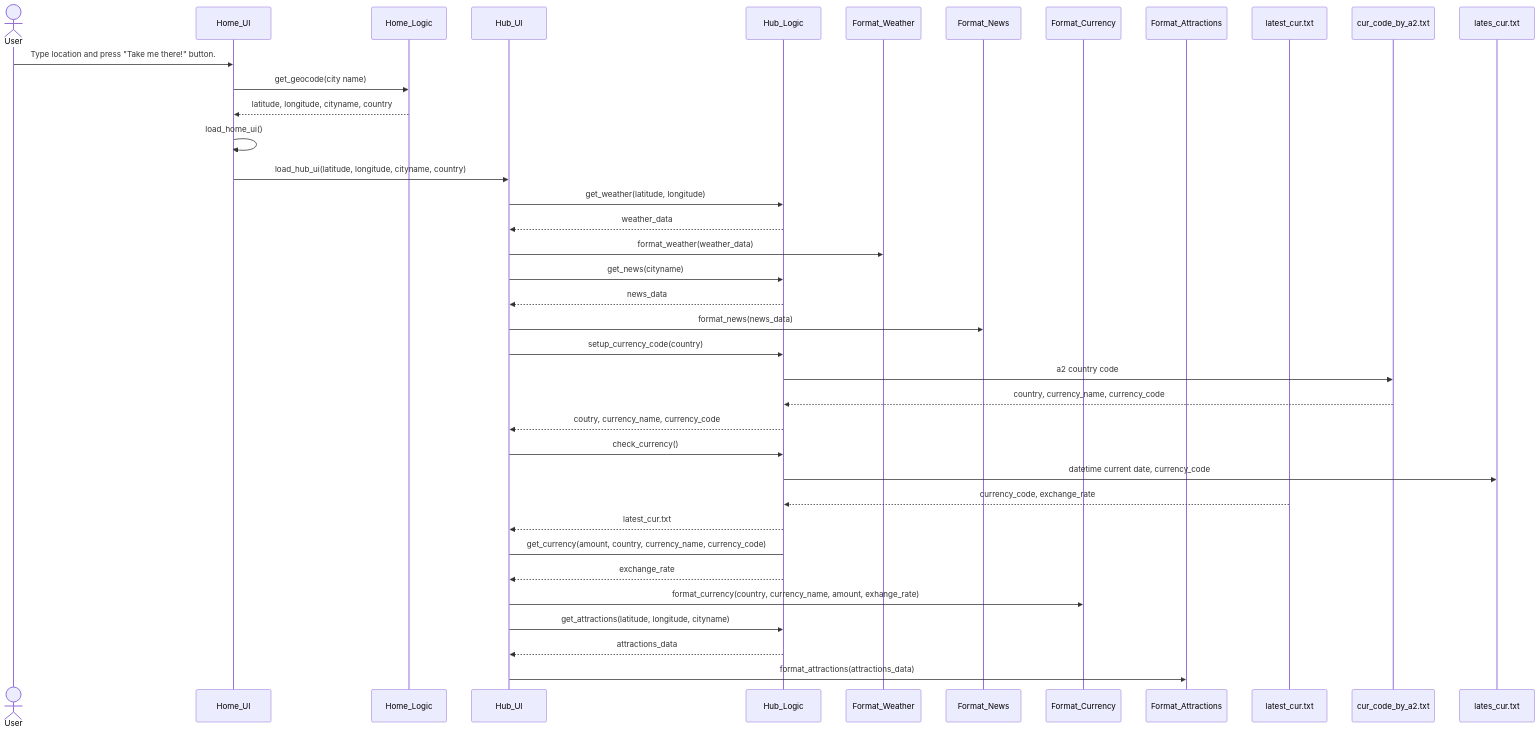
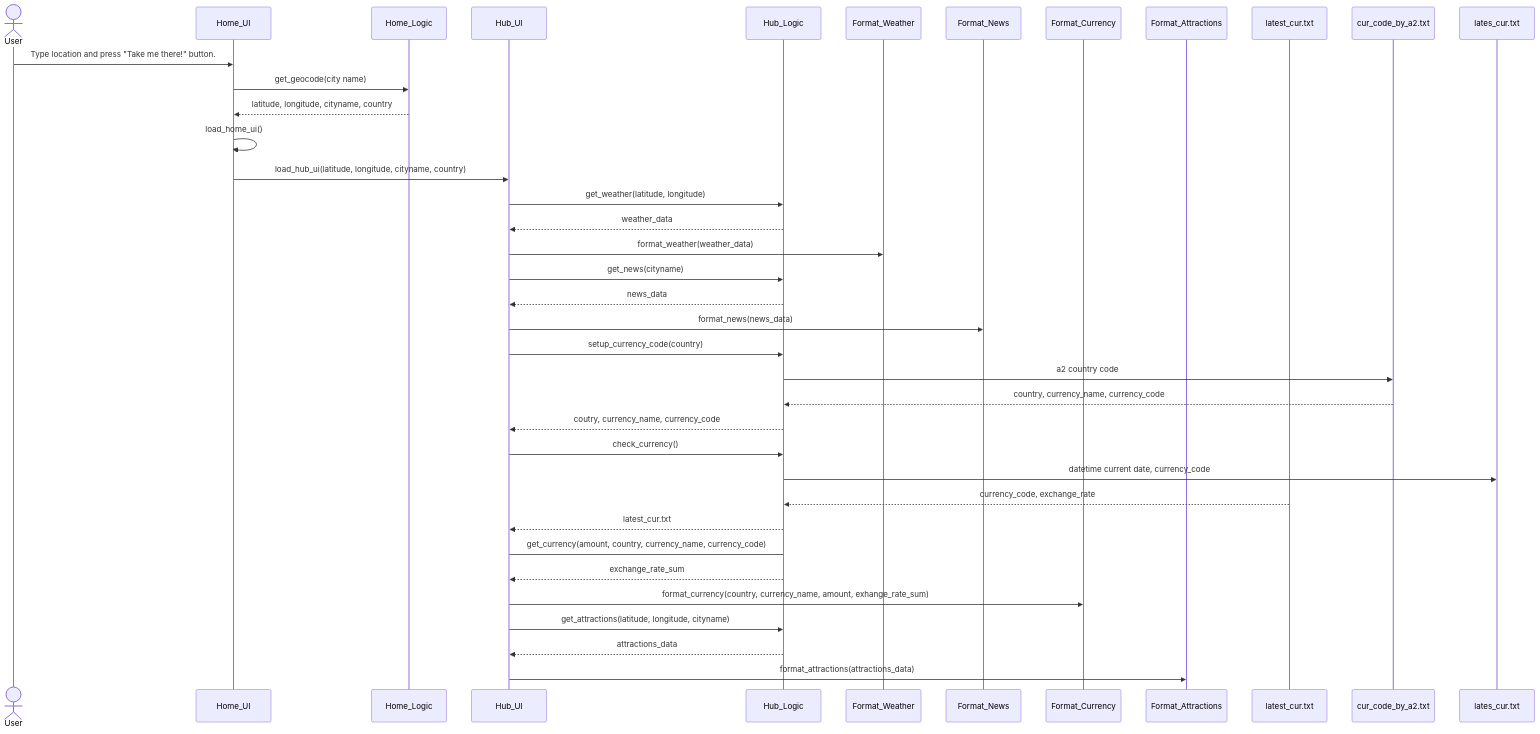
Before and after one commit to kodtld/TravelHub: the second of 4 diagrams in dokumentaatio/arkkitehtuuri.md, drawn with Mermaid. The commit also changed other lines of this file, not shown here.

````diff
--- a/dokumentaatio/arkkitehtuuri.md
+++ b/dokumentaatio/arkkitehtuuri.md
@@ -184,43 +184,43 @@
 ```mermaid
 sequenceDiagram
   actor User
   participant Home_UI
   participant Home_Logic
   participant Hub_UI
   participant Hub_Logic
   participant Format_Weather
   participant Format_News
   participant Format_Currency
   participant Format_Attractions
   participant latest_cur.txt
   participant cur_code_by_a2.txt
   User->>Home_UI: Type location and press "Take me there!" button.
   Home_UI->>Home_Logic: get_geocode(city name)
   Home_Logic-->>Home_UI: latitude, longitude, cityname, country
   Home_UI->>Home_UI: load_home_ui()
   Home_UI->>Hub_UI: load_hub_ui(latitude, longitude, cityname, country)
   Hub_UI->>Hub_Logic: get_weather(latitude, longitude)
   Hub_Logic-->>Hub_UI: weather_data
   Hub_UI->>Format_Weather: format_weather(weather_data)
 
   Hub_UI->>Hub_Logic: get_news(cityname)
   Hub_Logic-->>Hub_UI: news_data
   Hub_UI->>Format_News: format_news(news_data)
 
   Hub_UI->>Hub_Logic: setup_currency_code(country)
   Hub_Logic->>cur_code_by_a2.txt: a2 country code
   cur_code_by_a2.txt-->>Hub_Logic: country, currency_name, currency_code
   Hub_Logic-->>Hub_UI: coutry, currency_name, currency_code
   Hub_UI->>Hub_Logic: check_currency()
   Hub_Logic->>lates_cur.txt: datetime current date, currency_code
   latest_cur.txt-->>Hub_Logic: currency_code, exchange_rate
   Hub_Logic-->>Hub_UI: latest_cur.txt
   Hub_UI->Hub_Logic: get_currency(amount, country, currency_name, currency_code)
-  Hub_Logic-->>Hub_UI: exchange_rate
-  Hub_UI->>Format_Currency: format_currency(country, currency_name, amount, exhange_rate)
+  Hub_Logic-->>Hub_UI: exchange_rate_sum
+  Hub_UI->>Format_Currency: format_currency(country, currency_name, amount, exhange_rate_sum)
 
   Hub_UI->>Hub_Logic: get_attractions(latitude, longitude, cityname)
   Hub_Logic-->>Hub_UI: attractions_data
   Hub_UI->>Format_Attractions: format_attractions(attractions_data)
 
 ```
````
